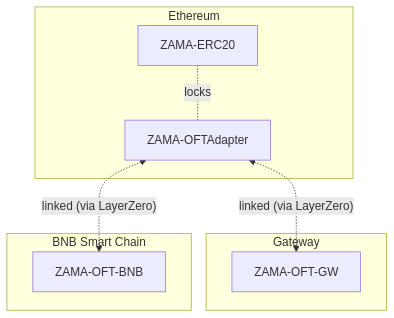
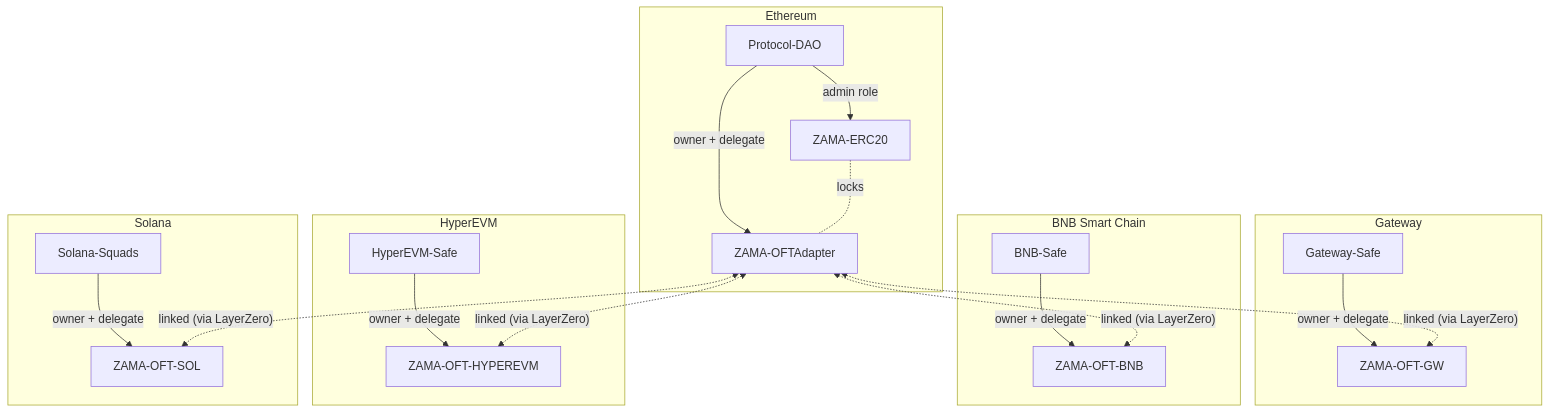
One commit to zama-ai/protocol-apps changed the diagram in docs/zama-token.md. Above: the diagram before and after it, drawn with Mermaid. The commit also changed other lines of this file and 12 other files, not shown here.

````diff
--- a/docs/zama-token.md
+++ b/docs/zama-token.md
@@ -5,19 +13,45 @@
 ```mermaid
 flowchart
     subgraph Ethereum
+        Protocol-DAO
         ZAMA-ERC20
         ZAMA-OFTAdapter
+
+        Protocol-DAO -- admin role --> ZAMA-ERC20
+        Protocol-DAO -- owner + delegate --> ZAMA-OFTAdapter
         ZAMA-ERC20 -. locks .- ZAMA-OFTAdapter
     end
 
     subgraph Gateway
+        Gateway-Safe
         ZAMA-OFT-GW
+
+        Gateway-Safe -- owner + delegate --> ZAMA-OFT-GW
     end
 
     subgraph BNB Smart Chain
+        BNB-Safe
         ZAMA-OFT-BNB
+
+        BNB-Safe -- owner + delegate --> ZAMA-OFT-BNB
+    end
+
+    subgraph HyperEVM
+        HyperEVM-Safe
+        ZAMA-OFT-HYPEREVM
+
+        HyperEVM-Safe -- owner + delegate --> ZAMA-OFT-HYPEREVM
+    end
+
+    subgraph Solana
+        Solana-Squads
+        ZAMA-OFT-SOL
+
+        Solana-Squads -- owner + delegate --> ZAMA-OFT-SOL
     end
 
     ZAMA-OFTAdapter <-. linked (via LayerZero) .-> ZAMA-OFT-GW
     ZAMA-OFTAdapter <-. linked (via LayerZero) .-> ZAMA-OFT-BNB
+    ZAMA-OFTAdapter <-. linked (via LayerZero) .-> ZAMA-OFT-HYPEREVM
+    ZAMA-OFTAdapter <-. linked (via LayerZero) .-> ZAMA-OFT-SOL
 ```
````
